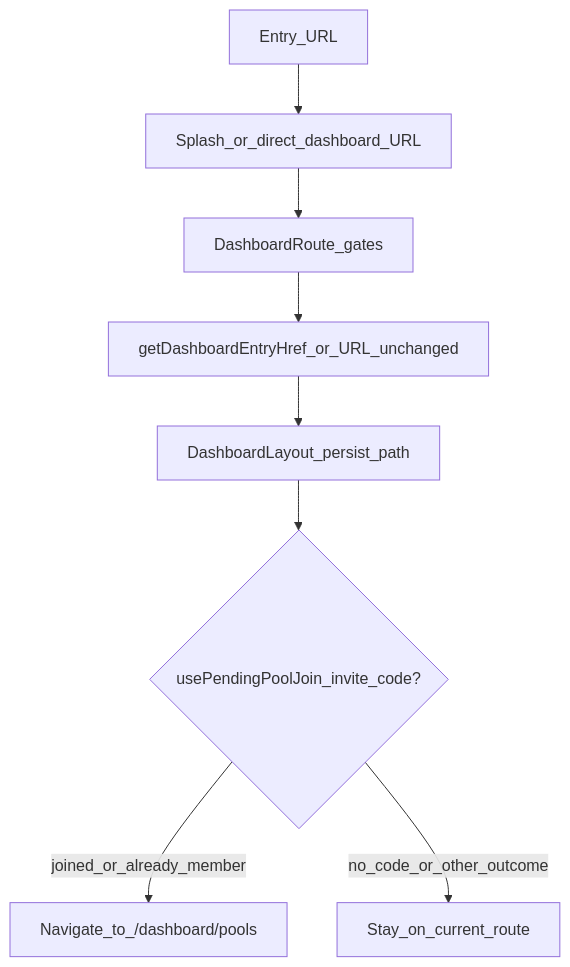
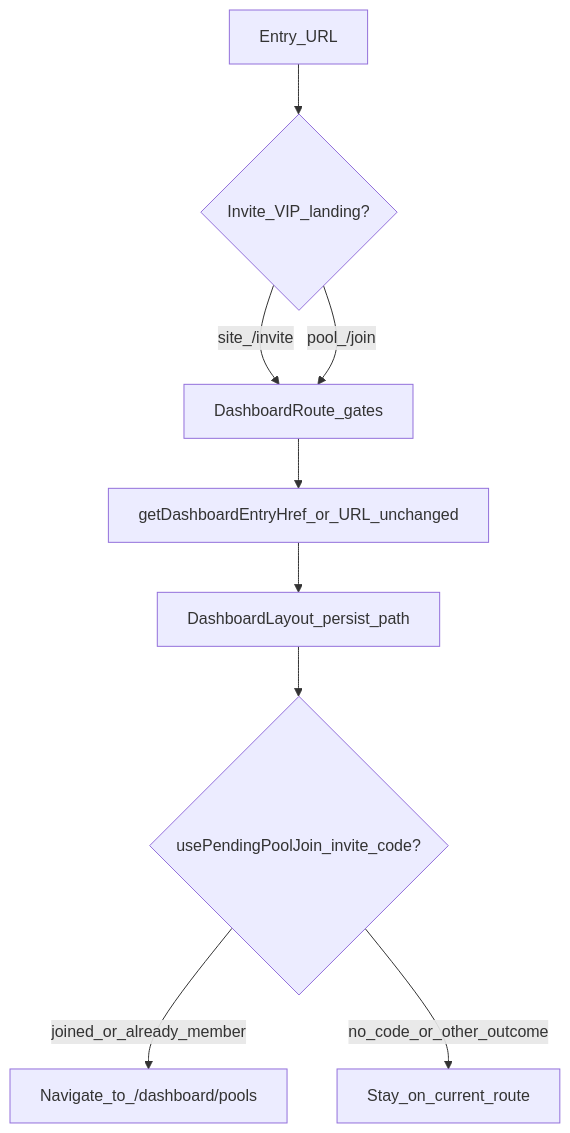
Before and after one commit to pat792/set-picks: the diagram in docs/USER_ROUTING_AND_JOURNEYS.md, drawn with Mermaid. The commit also changed other lines of this file and 17 other files, not shown here.

First line of the commit message:
feat(invite): VIP landings for site and pool invites (#580)

````diff
--- a/docs/USER_ROUTING_AND_JOURNEYS.md
+++ b/docs/USER_ROUTING_AND_JOURNEYS.md
@@ -132,18 +141,19 @@
 ```mermaid
 flowchart TD
   entry[Entry_URL]
-  splashOrDirect[Splash_or_direct_dashboard_URL]
+  inviteLanding{Invite_VIP_landing?}
   authGates[DashboardRoute_gates]
   restore[getDashboardEntryHref_or_URL_unchanged]
   layout[DashboardLayout_persist_path]
   pendingJoin{usePendingPoolJoin_invite_code?}
   poolsNav[Navigate_to_/dashboard/pools]
 
-  entry --> splashOrDirect
-  splashOrDirect --> authGates
+  entry --> inviteLanding
+  inviteLanding -->|site_/invite| authGates
+  inviteLanding -->|pool_/join| authGates
   authGates --> restore
   restore --> layout
   layout --> pendingJoin
   pendingJoin -->|joined_or_already_member| poolsNav
   pendingJoin -->|no_code_or_other_outcome| endStay[Stay_on_current_route]
 ```
````
